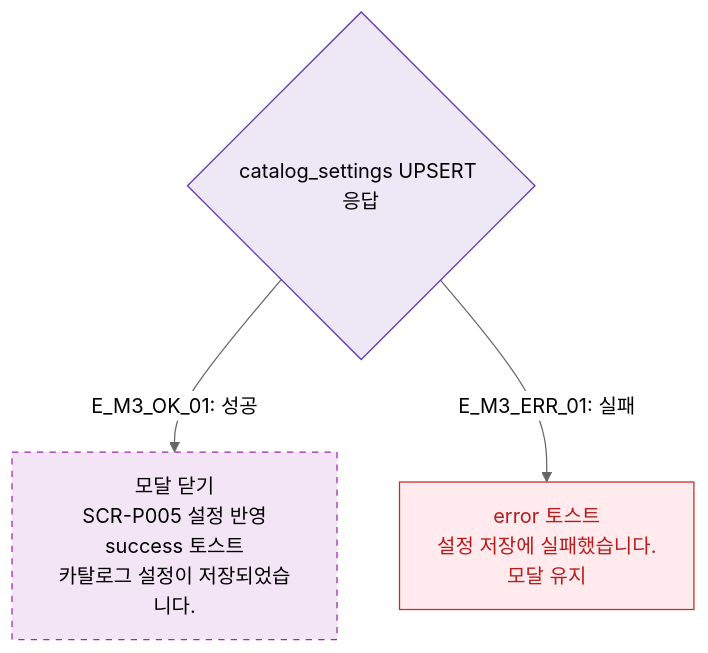
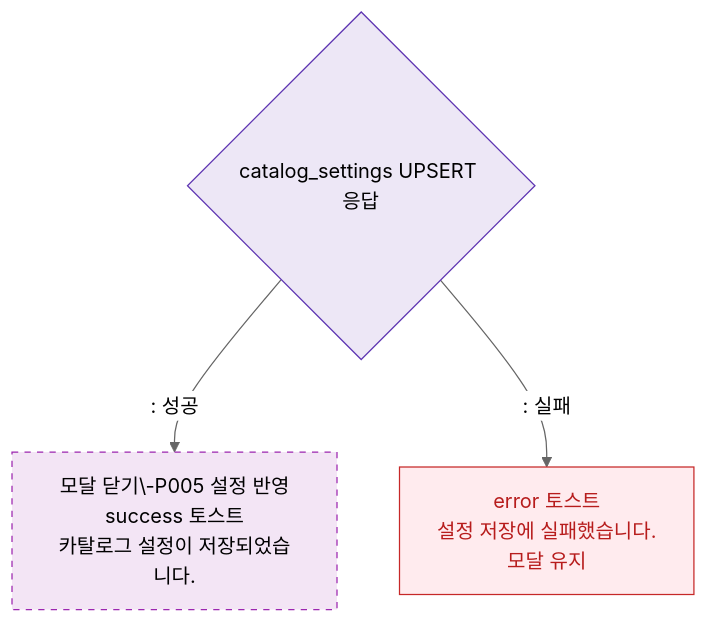
Before and after one commit to dev-spogym/admin-pando: the diagram in docs/다이어그램/D05_상품관리/DLG/DLG-P010_카탈로그설정/M3_결과분기.md, drawn with Mermaid (neutral theme). The commit also changed other lines of this file and 1660 other files, not shown here.

First line of the commit message:
다이어그램: 기획자/클라이언트 납품본으로 정리

````diff
--- a/docs/다이어그램/D05_상품관리/DLG/DLG-P010_카탈로그설정/M3_결과분기.md
+++ b/docs/다이어그램/D05_상품관리/DLG/DLG-P010_카탈로그설정/M3_결과분기.md
@@ -16,12 +14,12 @@
 ```mermaid
 flowchart TD
-    SaveAPI{catalog_settings UPSERT 응답} -->|"E_M3_OK_01: 성공"| SuccessResult[모달 닫기\nSCR-P005 설정 반영\nsuccess 토스트\n카탈로그 설정이 저장되었습니다.]
-    SaveAPI -->|"E_M3_ERR_01: 실패"| ErrResult[error 토스트\n설정 저장에 실패했습니다.\n모달 유지]
+    SaveAPI{catalog_settings UPSERT 응답} -->|": 성공"|SuccessResult[모달 닫기\-P005 설정 반영\nsuccess 토스트\n카탈로그 설정이 저장되었습니다.]
+    SaveAPI -->|": 실패"|ErrResult[error 토스트\n설정 저장에 실패했습니다.\n모달 유지]
 
     classDef newFeature fill:#F3E5F5,stroke:#9C27B0,stroke-dasharray:5 5
     classDef error fill:#FFEBEE,stroke:#C62828,color:#B71C1C
     classDef system fill:#EDE7F6,stroke:#5E35B2
     class SuccessResult newFeature
     class ErrResult error
     class SaveAPI system
 ```
````
